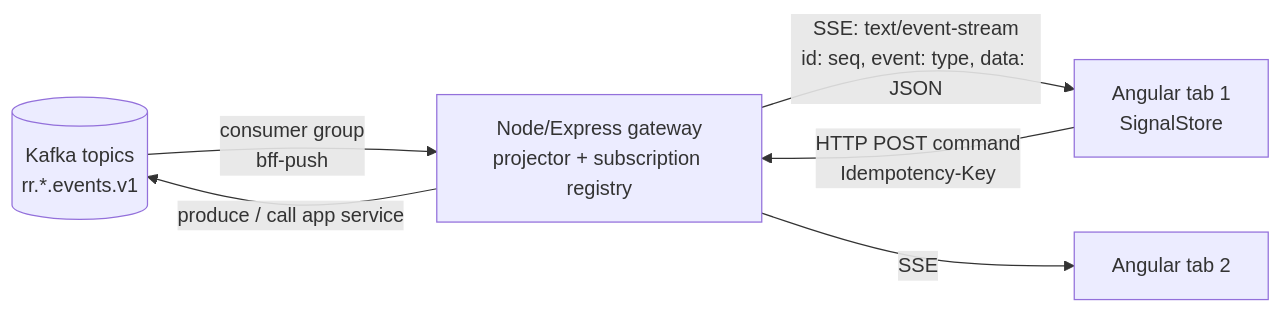
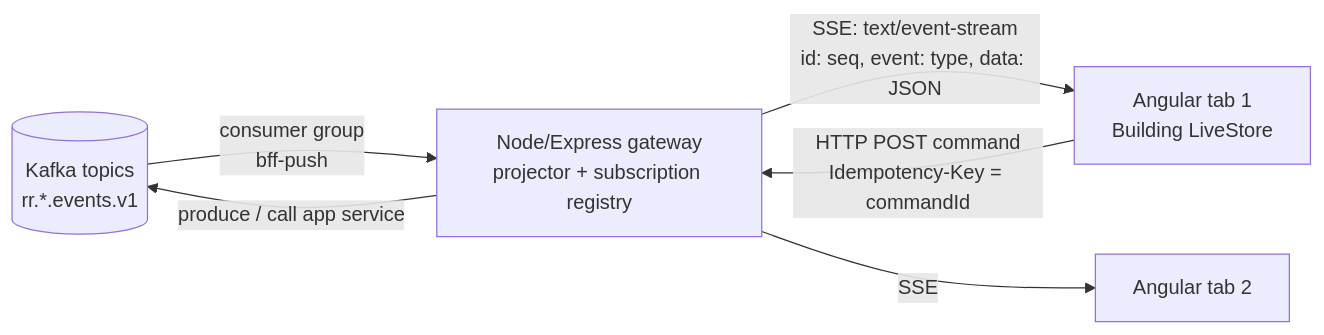
One commit to gstookey/rr changed the second of 2 diagrams in docs/context/platform/research/event_message_bus_brief_v0.md. Above: the diagram before and after it, drawn with Mermaid. The commit also changed other lines of this file and 13 other files, not shown here.

````diff
--- a/docs/context/platform/research/event_message_bus_brief_v0.md
+++ b/docs/context/platform/research/event_message_bus_brief_v0.md
@@ -157,8 +166,8 @@
 ```mermaid
 flowchart LR
     K[(Kafka topics<br/>rr.*.events.v1)] -->|consumer group<br/>bff-push| G[Node/Express gateway<br/>projector + subscription registry]
-    G -->|SSE: text/event-stream<br/>id: seq, event: type, data: JSON| B1[Angular tab 1<br/>SignalStore]
+    G -->|SSE: text/event-stream<br/>id: seq, event: type, data: JSON| B1[Angular tab 1<br/>Building LiveStore]
     G -->|SSE| B2[Angular tab 2]
-    B1 -->|HTTP POST command<br/>Idempotency-Key| G
+    B1 -->|HTTP POST command<br/>Idempotency-Key = commandId| G
     G -->|produce / call app service| K
 ```
````
